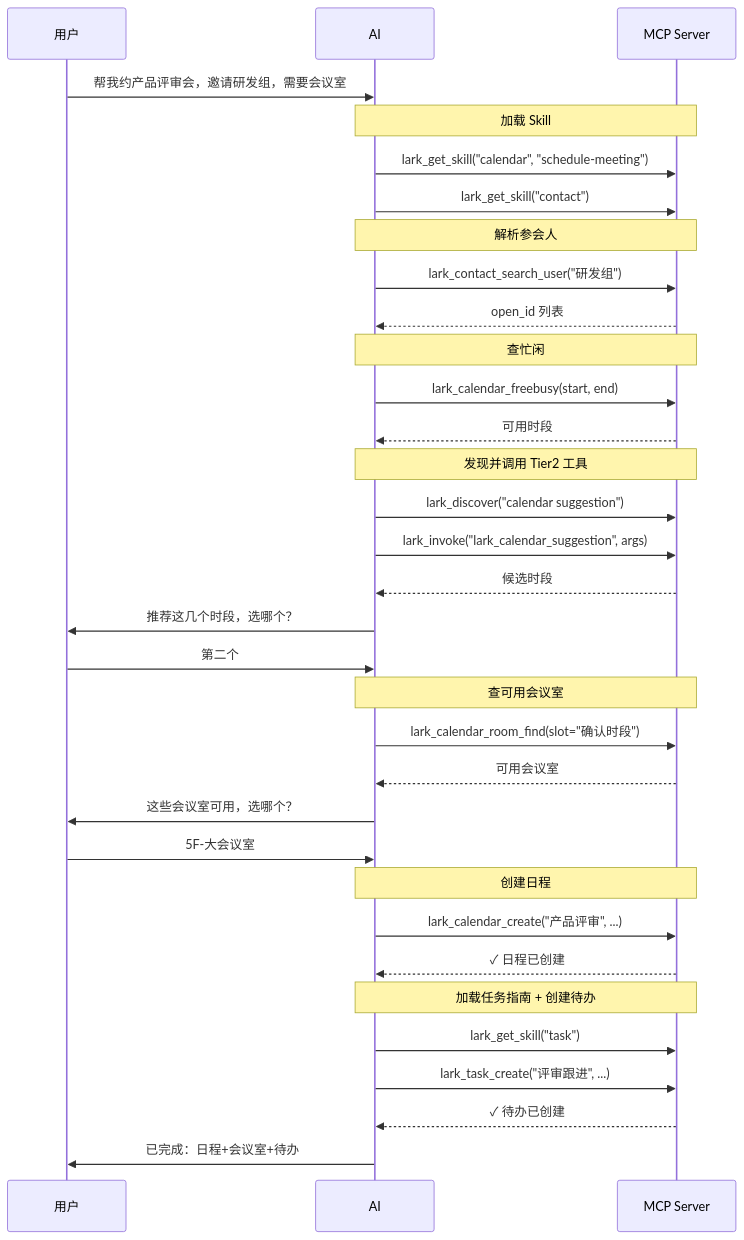
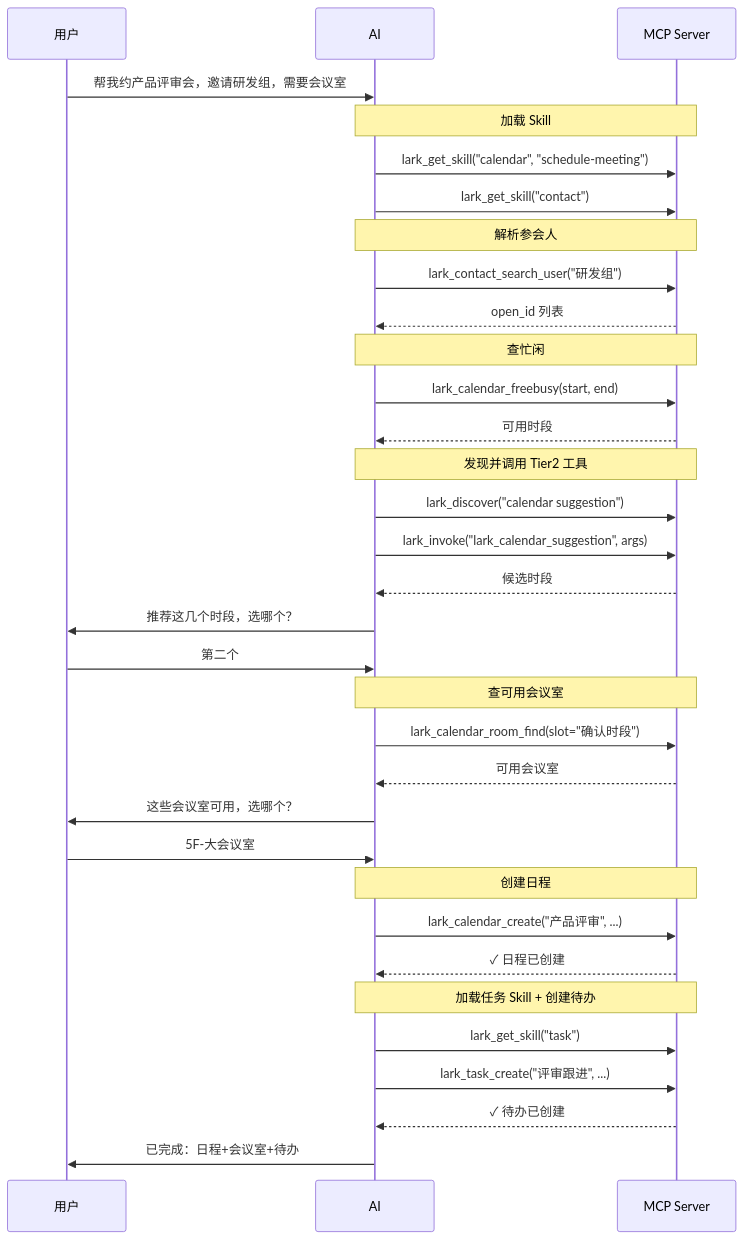
Before and after one commit to ddpie/lark-mcp-on-agentcore: the first of 2 diagrams in README.md, drawn with Mermaid. The commit also changed other lines of this file, not shown here.

Commit message:
docs: fix missed Skill terminology in diagram notes and section headers

````diff
--- a/README.md
+++ b/README.md
@@ -131,36 +131,36 @@
 ```mermaid
 sequenceDiagram
     participant U as 用户
     participant AI
     participant MCP as MCP Server
 
     U->>AI: 帮我约产品评审会，邀请研发组，需要会议室
     Note over AI,MCP: 加载 Skill
     AI->>MCP: lark_get_skill("calendar", "schedule-meeting")
     AI->>MCP: lark_get_skill("contact")
     Note over AI,MCP: 解析参会人
     AI->>MCP: lark_contact_search_user("研发组")
     MCP-->>AI: open_id 列表
     Note over AI,MCP: 查忙闲
     AI->>MCP: lark_calendar_freebusy(start, end)
     MCP-->>AI: 可用时段
     Note over AI,MCP: 发现并调用 Tier2 工具
     AI->>MCP: lark_discover("calendar suggestion")
     AI->>MCP: lark_invoke("lark_calendar_suggestion", args)
     MCP-->>AI: 候选时段
     AI->>U: 推荐这几个时段，选哪个？
     U->>AI: 第二个
     Note over AI,MCP: 查可用会议室
     AI->>MCP: lark_calendar_room_find(slot="确认时段")
     MCP-->>AI: 可用会议室
     AI->>U: 这些会议室可用，选哪个？
     U->>AI: 5F-大会议室
     Note over AI,MCP: 创建日程
     AI->>MCP: lark_calendar_create("产品评审", ...)
     MCP-->>AI: ✓ 日程已创建
-    Note over AI,MCP: 加载任务指南 + 创建待办
+    Note over AI,MCP: 加载任务 Skill + 创建待办
     AI->>MCP: lark_get_skill("task")
     AI->>MCP: lark_task_create("评审跟进", ...)
     MCP-->>AI: ✓ 待办已创建
     AI->>U: 已完成：日程+会议室+待办
 ```
````
